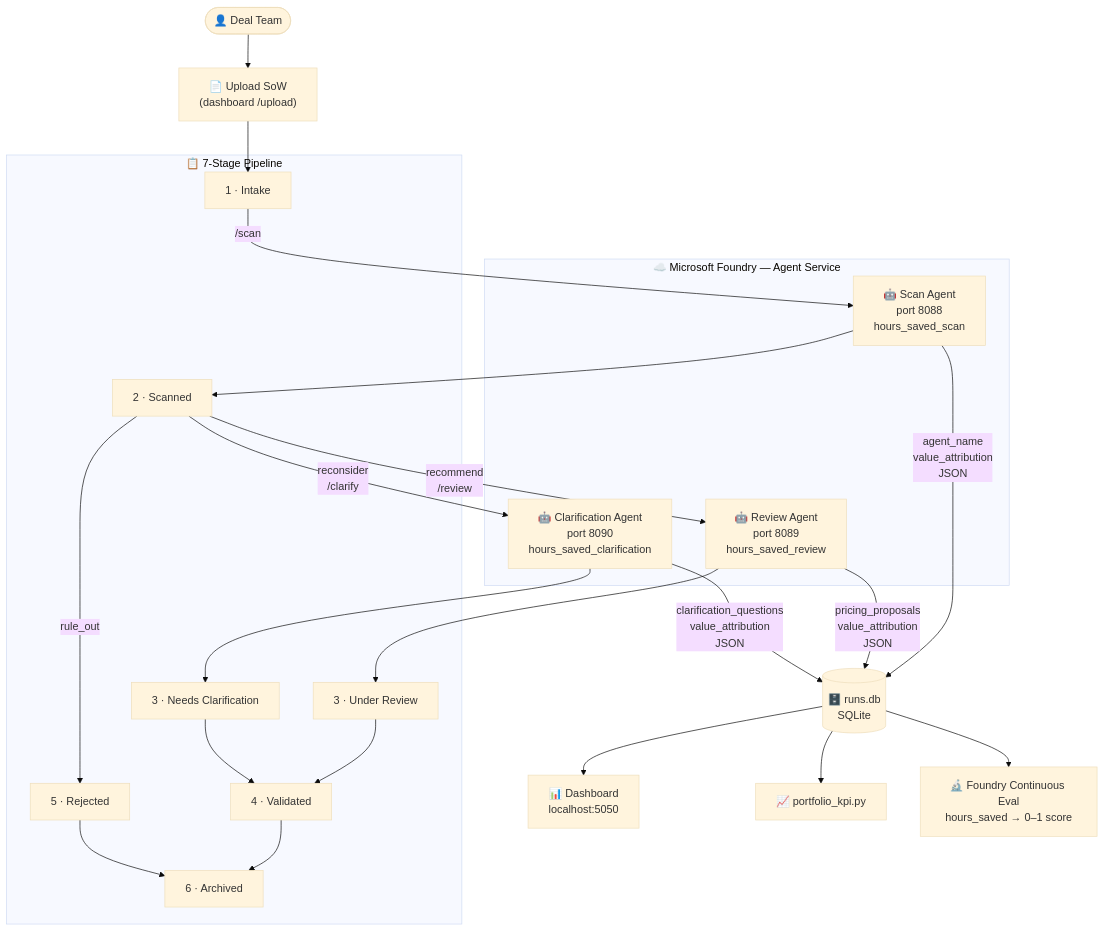
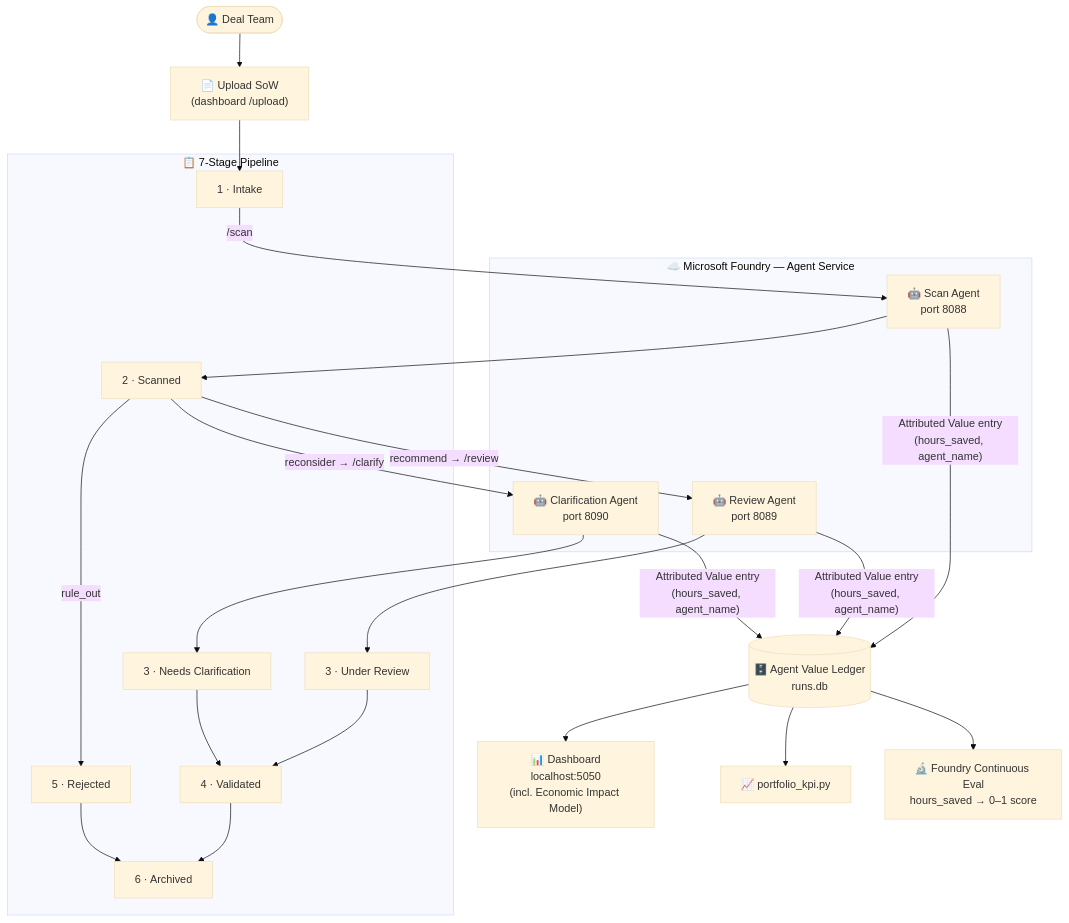
Before and after one commit to doruit/outcome-readiness-agent: the second of 2 diagrams in README.md, drawn with Mermaid (base theme). The commit also changed other lines of this file and 1 other file, not shown here.

Commit message:
feat: add Economic Impact Model, Indicative ROI panel, full-circle AVA story, README rewrite

````diff
--- a/README.md
+++ b/README.md
@@ -114,44 +134,44 @@
 ```mermaid
 flowchart TD
     DT(["👤 Deal Team"])
     UP["📄 Upload SoW\n(dashboard /upload)"]
-    DB[("🗄️ runs.db\nSQLite")]
+    DB[("🗄️ Agent Value Ledger\nruns.db")]
 
     subgraph Foundry["☁️ Microsoft Foundry — Agent Service"]
-        SA["🤖 Scan Agent\nport 8088\nhours_saved_scan"]
-        RA["🤖 Review Agent\nport 8089\nhours_saved_review"]
-        CA["🤖 Clarification Agent\nport 8090\nhours_saved_clarification"]
+        SA["🤖 Scan Agent\nport 8088"]
+        RA["🤖 Review Agent\nport 8089"]
+        CA["🤖 Clarification Agent\nport 8090"]
     end
 
     subgraph Pipeline["📋 7-Stage Pipeline"]
         S1["1 · Intake"]
         S2["2 · Scanned"]
         S3a["3 · Under Review"]
         S3b["3 · Needs Clarification"]
         S4["4 · Validated"]
         S5["5 · Rejected"]
         S6["6 · Archived"]
     end
 
-    DASH["📊 Dashboard\nlocalhost:5050"]
+    DASH["📊 Dashboard\nlocalhost:5050\n(incl. Economic Impact Model)"]
     KPI["📈 portfolio_kpi.py"]
     EVAL["🔬 Foundry Continuous Eval\nhours_saved → 0–1 score"]
 
     DT --> UP --> S1
     S1 -->|"/scan"| SA --> S2
-    S2 -->|recommend\n/review| RA --> S3a
-    S2 -->|reconsider\n/clarify| CA --> S3b
+    S2 -->|"recommend → /review"| RA --> S3a
+    S2 -->|"reconsider → /clarify"| CA --> S3b
     S2 -->|rule_out| S5
     S3a --> S4
     S3b --> S4
     S4 --> S6
     S5 --> S6
 
-    SA -->|"agent_name\nvalue_attribution\nJSON"| DB
-    RA -->|"pricing_proposals\nvalue_attribution\nJSON"| DB
-    CA -->|"clarification_questions\nvalue_attribution\nJSON"| DB
+    SA -->|"Attributed Value entry\n(hours_saved, agent_name)"| DB
+    RA -->|"Attributed Value entry\n(hours_saved, agent_name)"| DB
+    CA -->|"Attributed Value entry\n(hours_saved, agent_name)"| DB
 
     DB --> DASH
     DB --> KPI
     DB --> EVAL
 ```
````
